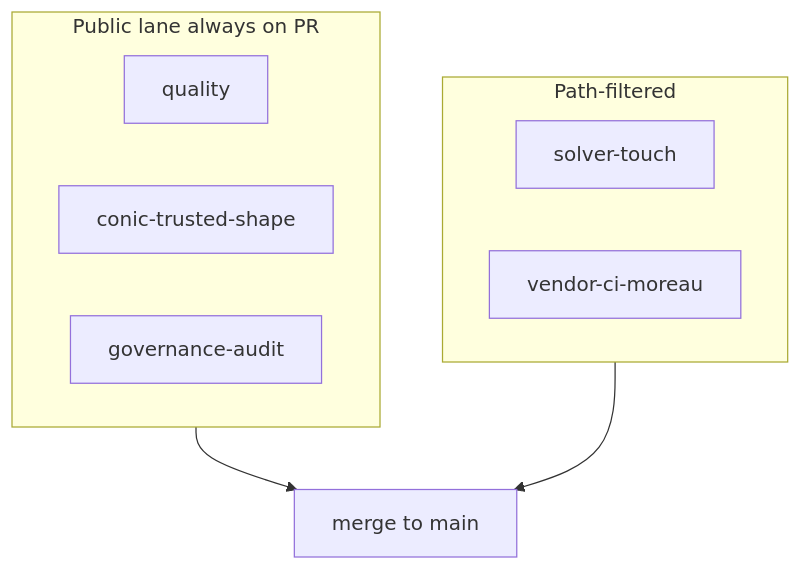
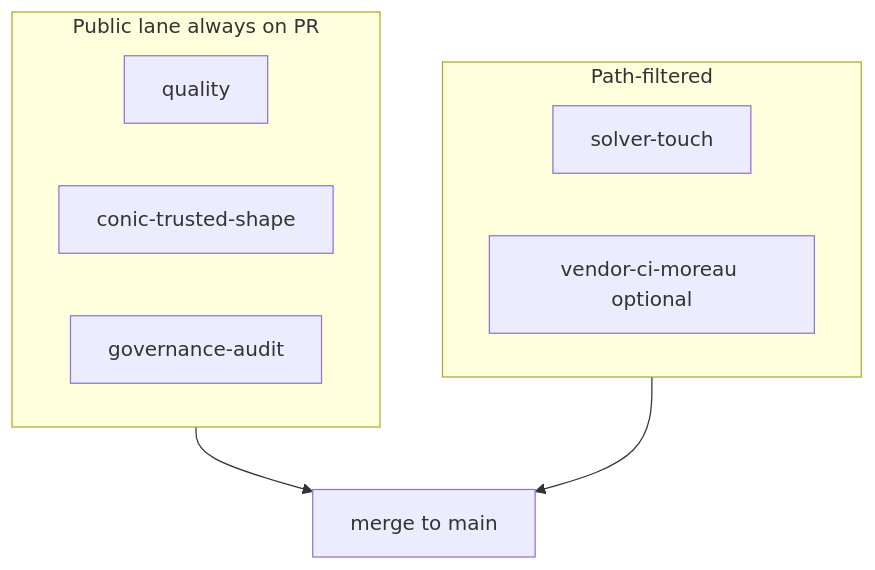
The diagram in docs/CI_MERGE_GATES.md (fraware/conicshield), drawn with Mermaid before and after one commit. The commit also changed other lines of this file and 26 other files, not shown here.

````diff
--- a/docs/CI_MERGE_GATES.md
+++ b/docs/CI_MERGE_GATES.md
@@ -16,14 +27,14 @@
 ```mermaid
 flowchart TB
   subgraph publicLane [Public lane always on PR]
     Q[quality]
     CTS[conic-trusted-shape]
     GA[governance-audit]
   end
   subgraph conditionalLane [Path-filtered]
     ST[solver-touch]
-    VC[vendor-ci-moreau]
+    VC[vendor-ci-moreau optional]
   end
   publicLane --> Merge[merge to main]
   conditionalLane --> Merge
 ```
````
